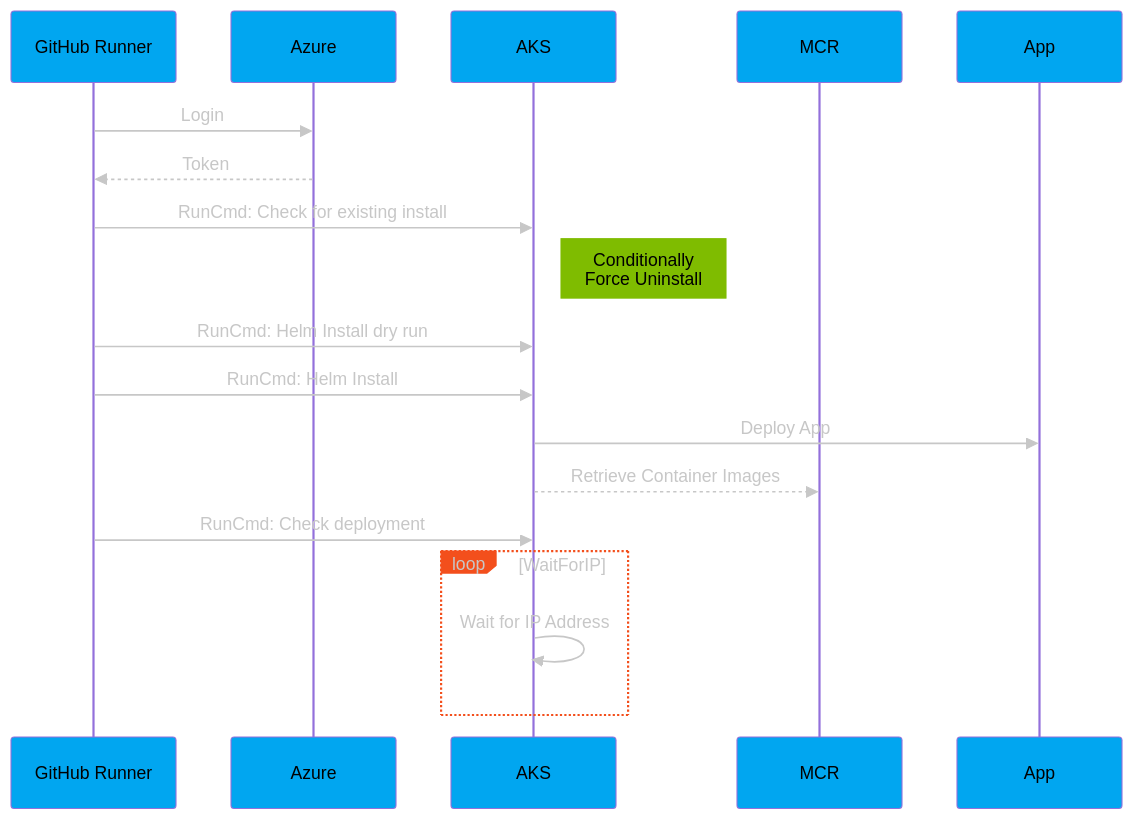
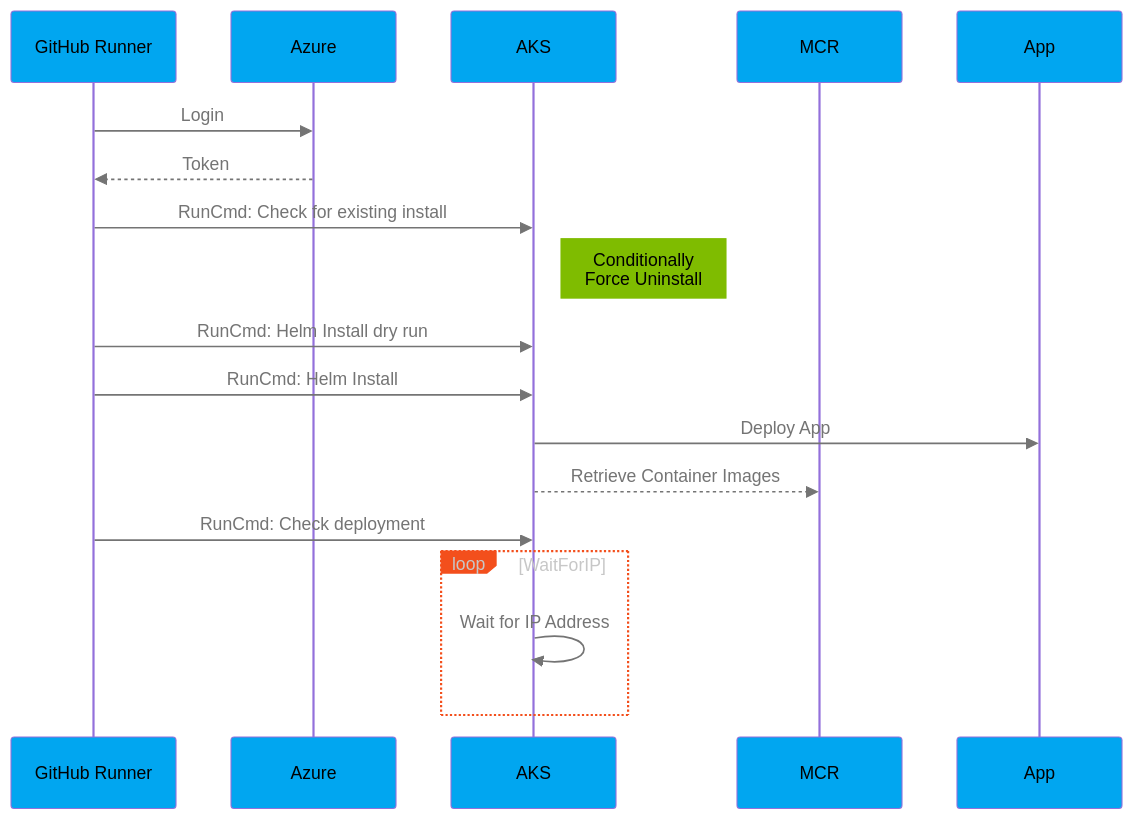
The first of 4 diagrams in README.md (Gordonby/MermaidTheming), drawn with Mermaid before and after one commit.

````diff
--- a/README.md
+++ b/README.md
@@ -6,40 +6,39 @@
 ```mermaid
 %%{init: 
 {
   "theme": "default",
   "themeVariables": {
     "nodeBorder" : "#004990",
     "mainBkg" : "#c9d7e4",
     "actorBkg" : "#01A6F0",
-    "textColor" : "#C7C7C7",
-    "nodeTextColor" : "#274059",
+    "textColor" : "#747474",
     "loopTextColor" : "#C7C7C7",
     "labelTextColor" : "#C7C7C7",
     "labelBoxBorderColor" : "#F34F1C",
     "labelBoxBkgColor" : "#F34F1C",
     "noteBkgColor" : "#7FBC00",
     "noteBorderColor": "#7FBC00",
     "fontFamily": "Inter",
     "fontSize": "13px"
  }
 }
 }%%
 sequenceDiagram
     participant GitHub Runner
     participant Azure
     participant AKS
     participant MCR
     participant App
     GitHub Runner->>Azure: Login
     Azure-->>GitHub Runner: Token
     GitHub Runner->>AKS: RunCmd: Check for existing install
     Note right of AKS: Conditionally<br/>Force Uninstall
     GitHub Runner->>AKS: RunCmd: Helm Install dry run
     GitHub Runner->>AKS: RunCmd: Helm Install
     AKS->>App: Deploy App
     AKS-->>MCR: Retrieve Container Images
     GitHub Runner->>AKS: RunCmd: Check deployment
     loop WaitForIP
         AKS->>AKS: Wait for IP Address
     end
 ```
````
